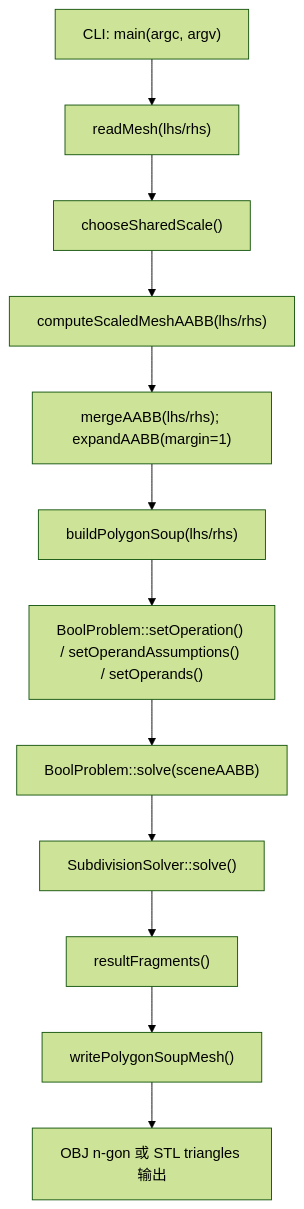
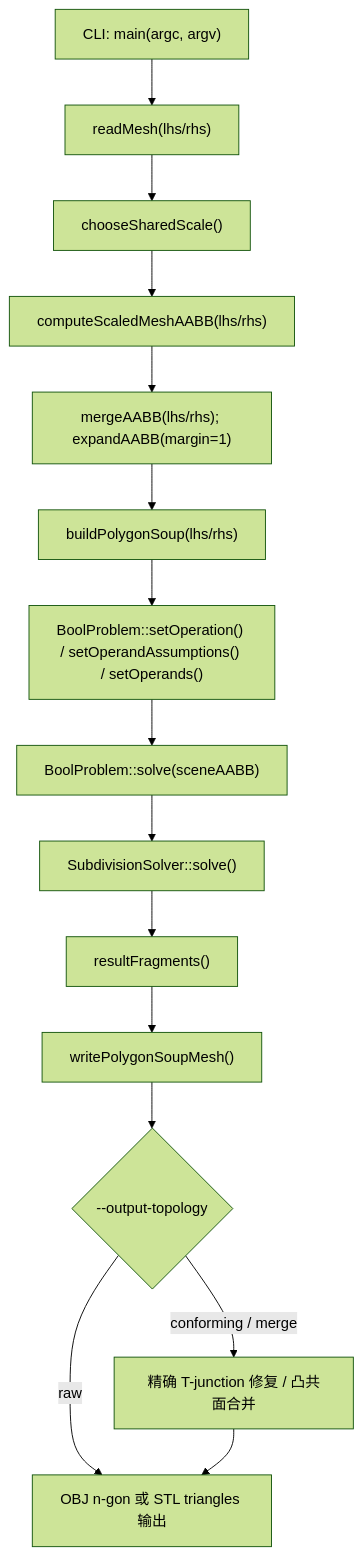
Before and after one commit to SDU-YueQiu/re-EMBER: the first of 13 diagrams in docs/core-logic-flow.md, drawn with Mermaid (forest theme). The commit also changed other lines of this file and 9 other files, not shown here.

````diff
--- a/docs/core-logic-flow.md
+++ b/docs/core-logic-flow.md
@@ -32,14 +32,17 @@
 ```mermaid
 flowchart TD
     A["CLI: main(argc, argv)"] --> B["readMesh(lhs/rhs)"]
     B --> C["chooseSharedScale()"]
     C --> D["computeScaledMeshAABB(lhs/rhs)"]
     D --> E["mergeAABB(lhs/rhs); expandAABB(margin=1)"]
     E --> F["buildPolygonSoup(lhs/rhs)"]
     F --> G["BoolProblem::setOperation() / setOperandAssumptions() / setOperands()"]
     G --> H["BoolProblem::solve(sceneAABB)"]
     H --> I["SubdivisionSolver::solve()"]
     I --> J["resultFragments()"]
     J --> K["writePolygonSoupMesh()"]
-    K --> L["OBJ n-gon 或 STL triangles 输出"]
+    K --> K1{"--output-topology"}
+    K1 -->|"raw"| L["OBJ n-gon 或 STL triangles 输出"]
+    K1 -->|"conforming / merge"| M["精确 T-junction 修复 / 凸共面合并"]
+    M --> L
 ```
````
